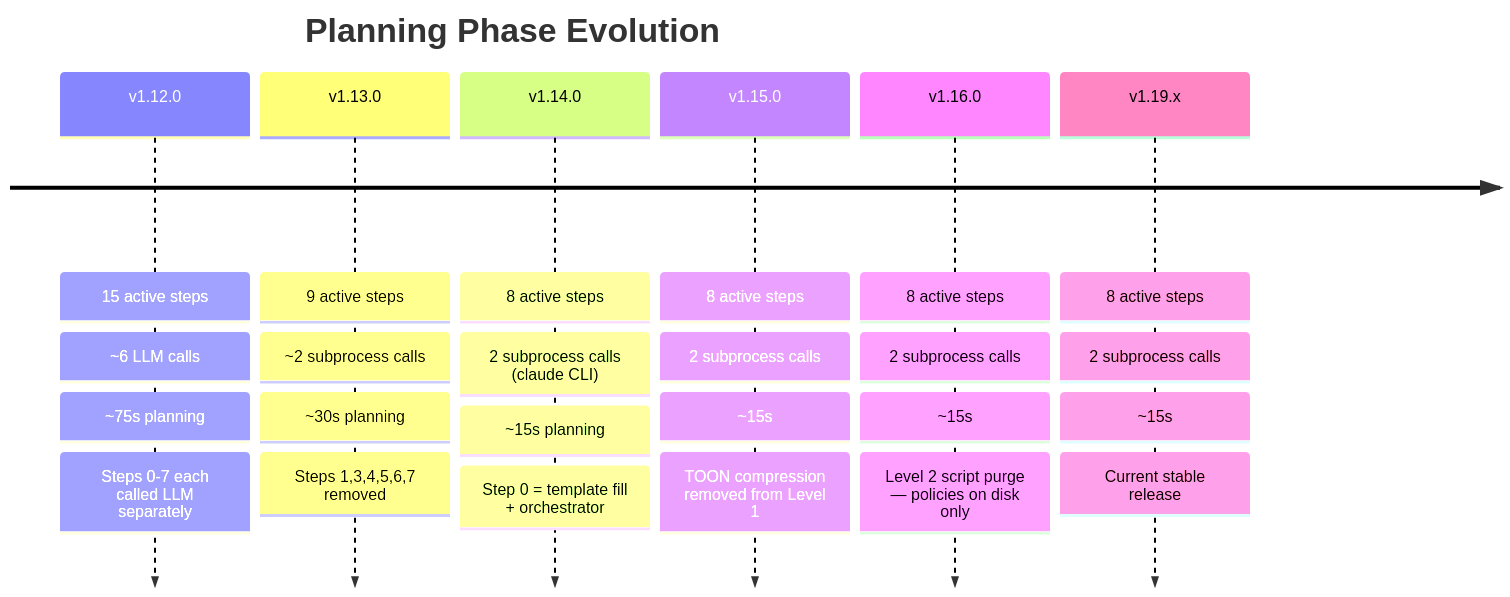
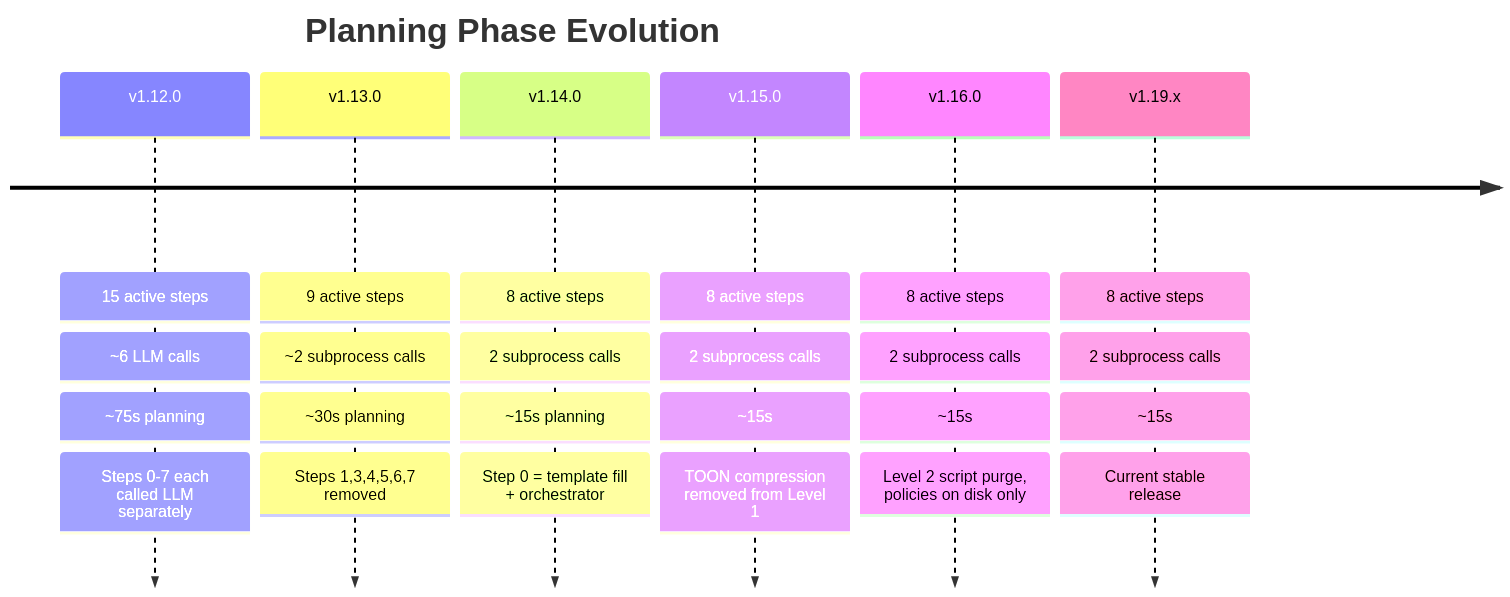
One commit to techdeveloper-org/claude-workflow-engine changed the tenth of 10 diagrams in docs/PIPELINE_ARCHITECTURE.md. Above: the diagram before and after it, drawn with Mermaid. The commit also changed other lines of this file and 1 other file, not shown here.

First line of the commit message:
fix(diagrams): remove invisible text causes from all Mermaid diagrams

````diff
--- a/docs/PIPELINE_ARCHITECTURE.md
+++ b/docs/PIPELINE_ARCHITECTURE.md
@@ -356,10 +356,10 @@
 ```mermaid
 timeline
     title Planning Phase Evolution
     v1.12.0 : 15 active steps : ~6 LLM calls : ~75s planning : Steps 0-7 each called LLM separately
     v1.13.0 : 9 active steps  : ~2 subprocess calls : ~30s planning : Steps 1,3,4,5,6,7 removed
-    v1.14.0 : 8 active steps  : 2 subprocess calls (claude CLI) : ~15s planning : Step 0 = template fill + orchestrator
+    v1.14.0 : 8 active steps  : 2 subprocess calls : ~15s planning : Step 0 = template fill + orchestrator
     v1.15.0 : 8 active steps  : 2 subprocess calls : ~15s : TOON compression removed from Level 1
-    v1.16.0 : 8 active steps  : 2 subprocess calls : ~15s : Level 2 script purge — policies on disk only
+    v1.16.0 : 8 active steps  : 2 subprocess calls : ~15s : Level 2 script purge, policies on disk only
     v1.19.x : 8 active steps  : 2 subprocess calls : ~15s : Current stable release
 ```
````
